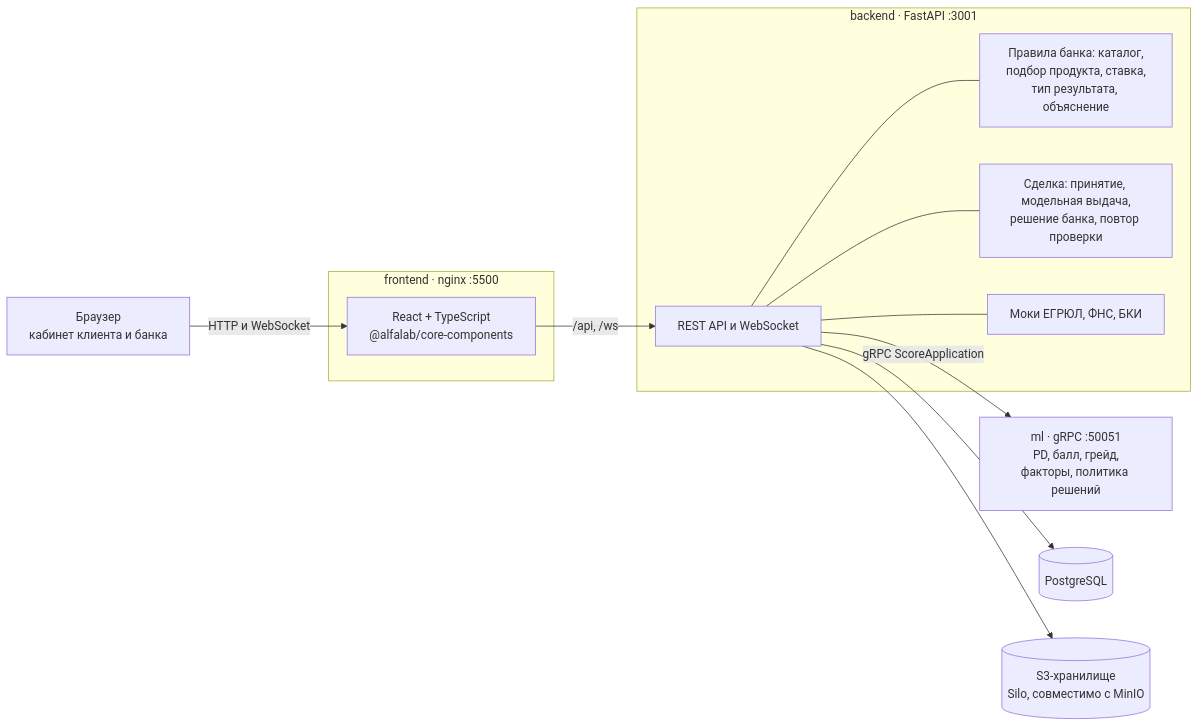
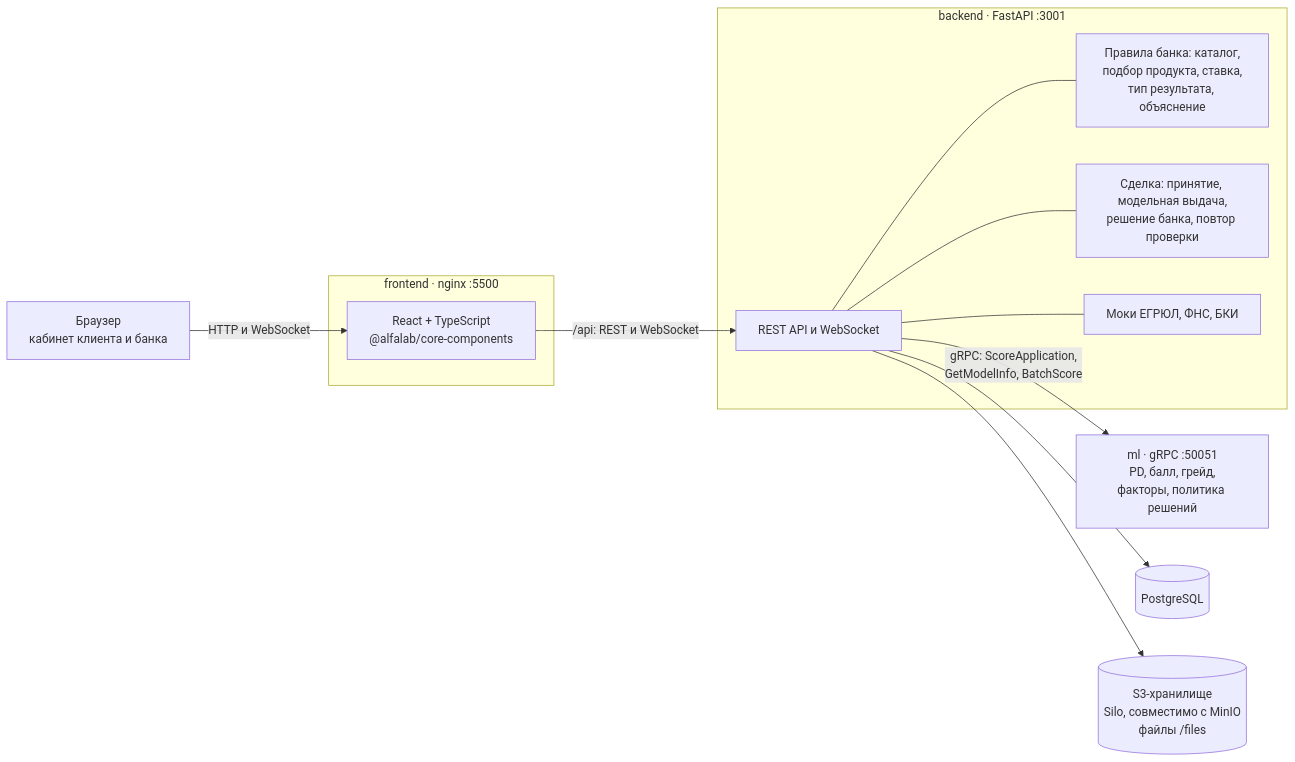
Before and after one commit to nebel310/SimpleCredits: the diagram in README.md, drawn with Mermaid. The commit also changed 1 other file, not shown here.

Commit message:
Документация: точные подписи на схеме архитектуры
Что было не так:
- на схеме фронтенд → бэкенд стояло «/api, /ws», хотя WebSocket тоже идёт через
  /api (/api/ws/applications → nginx → бэкенд /ws/applications);
- на стрелке к ML был только ScoreApplication, а бэкенд вызывает ещё
  GetModelInfo (карточка модели в кабинете банка) и BatchScoreApplications
  (/scoring/batch);
- не было видно, зачем S3-хранилище.

Что сделано:
- подписи: «/api: REST и WebSocket», «gRPC: ScoreApplication, GetModelInfo,
  BatchScore», у S3 — «файлы /files». В README и docs/architecture.md.

Как проверено:
- сверено с frontend/src/api/ws.ts, frontend/nginx.conf, backend/router/
  scoring.py и services/application.py; схемы отрисованы mermaid-cli.

````diff
--- a/README.md
+++ b/README.md
@@ -59,24 +59,24 @@
 ```mermaid
 flowchart LR
   user["Браузер<br/>кабинет клиента и банка"]
   subgraph frontend["frontend · nginx :5500"]
     spa["React + TypeScript<br/>@alfalab/core-components"]
   end
   subgraph backend["backend · FastAPI :3001"]
     api["REST API и WebSocket"]
     rules["Правила банка: каталог,<br/>подбор продукта, ставка,<br/>тип результата, объяснение"]
     deal["Сделка: принятие, модельная выдача,<br/>решение банка, повтор проверки"]
     mocks["Моки ЕГРЮЛ, ФНС, БКИ"]
   end
   ml["ml · gRPC :50051<br/>PD, балл, грейд,<br/>факторы, политика решений"]
   db[("PostgreSQL")]
-  s3[("S3-хранилище<br/>Silo, совместимо с MinIO")]
+  s3[("S3-хранилище<br/>Silo, совместимо с MinIO<br/>файлы /files")]
   user -->|"HTTP и WebSocket"| spa
-  spa -->|"/api, /ws"| api
+  spa -->|"/api: REST и WebSocket"| api
   api --- rules
   api --- deal
   api --- mocks
-  api -->|"gRPC ScoreApplication"| ml
+  api -->|"gRPC: ScoreApplication,<br/>GetModelInfo, BatchScore"| ml
   api --> db
   api --> s3
 ```
````
